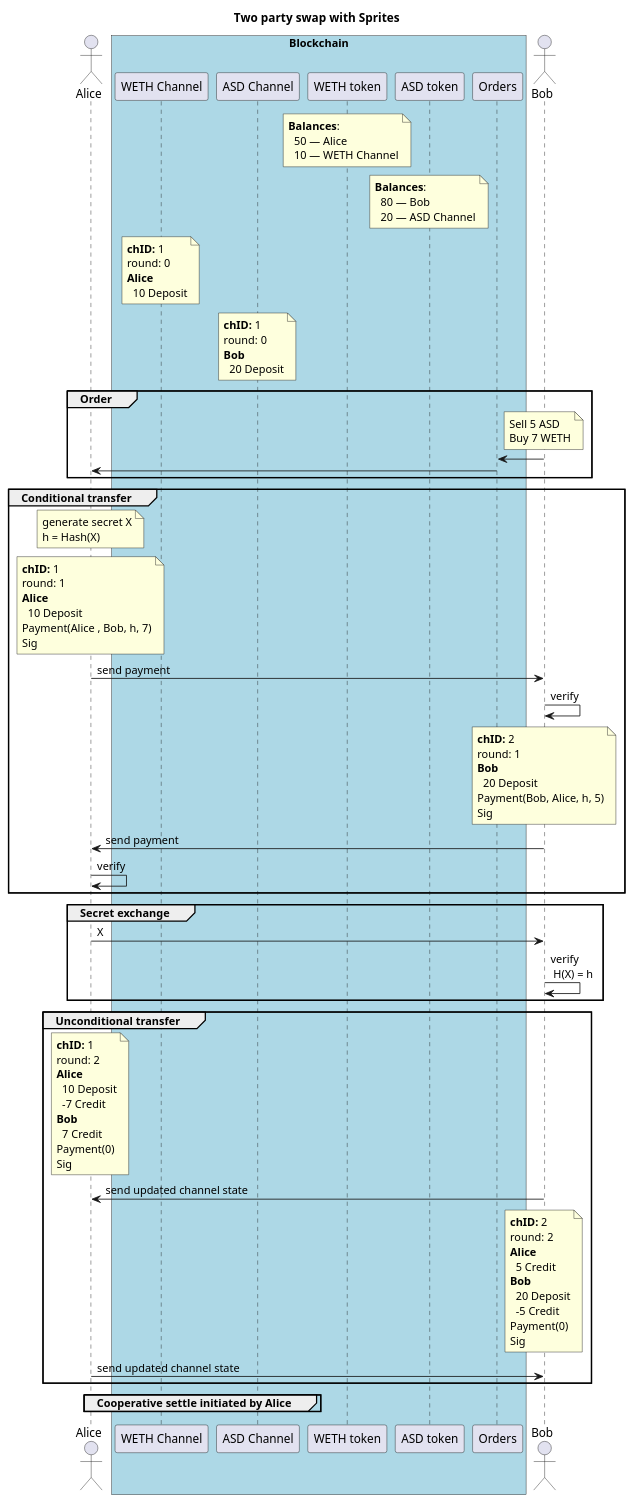
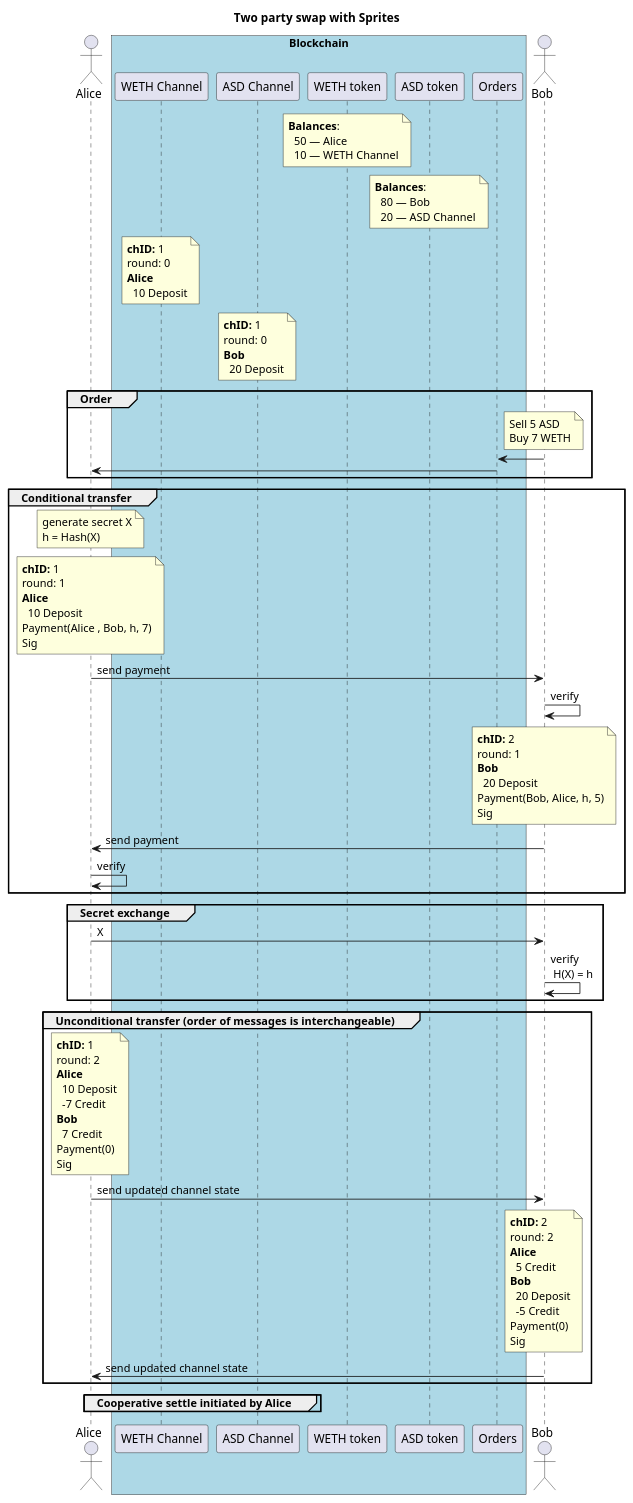
One commit to enumatech/cljs-abi-viewer changed the diagram in src/state_channel/two-party-swap-sprites.puml. Above: the diagram before and after it, drawn with PlantUML.

Commit message:
Flip order of unconditional payment messages

```diff
--- a/src/state_channel/two-party-swap-sprites.puml
+++ b/src/state_channel/two-party-swap-sprites.puml
@@ -1,57 +1,57 @@
 @startuml
 title Two party swap with Sprites
 ' Assume we have an open channel with sufficient deposit
 
 actor Alice as A
 
 box "Blockchain" #lightblue
     participant "WETH Channel" as wethch
     participant "ASD Channel" as asdch
     participant "WETH token" as weth
     participant "ASD token" as asd
     participant "Orders" as O
     end box
 
 actor Bob as B
 
 note over weth: **Balances**:\n  50 — Alice\n  10 — WETH Channel
 note over asd: **Balances**:\n  80 — Bob\n  20 — ASD Channel
 
 note over wethch: **chID:** 1\nround: 0\n**Alice**\n  10 Deposit
 
 note over asdch: **chID:** 1\nround: 0\n**Bob**\n  20 Deposit
 
 group Order
     note over B: Sell 5 ASD\nBuy 7 WETH
     B -> O:
     O -> A:
 end
 
 group Conditional transfer
     note over A: generate secret X\nh = Hash(X)
     note over A: **chID:** 1\nround: 1\n**Alice**\n  10 Deposit\nPayment(Alice , Bob, h, 7)\nSig
     A -> B: send payment
     B -> B: verify
     note over B: **chID:** 2\nround: 1\n**Bob**\n  20 Deposit\nPayment(Bob, Alice, h, 5)\nSig
     B -> A: send payment
     A -> A: verify
 end
 
 group Secret exchange
  A -> B: X
  B -> B: verify \n H(X) = h
 end
 
-group Unconditional transfer
+group Unconditional transfer (order of messages is interchangeable)
     note over A: **chID:** 1\nround: 2\n**Alice**\n  10 Deposit\n  -7 Credit\n**Bob**\n  7 Credit\nPayment(0)\nSig
 
-    B -> A: send updated channel state
+    A -> B: send updated channel state
 
     note over B: **chID:** 2\nround: 2\n**Alice**\n  5 Credit\n**Bob**\n  20 Deposit\n  -5 Credit\nPayment(0)\nSig
-    A -> B: send updated channel state
+    B -> A: send updated channel state
 end
 
 group Cooperative settle initiated by Alice
 end
 
 @enduml
```
